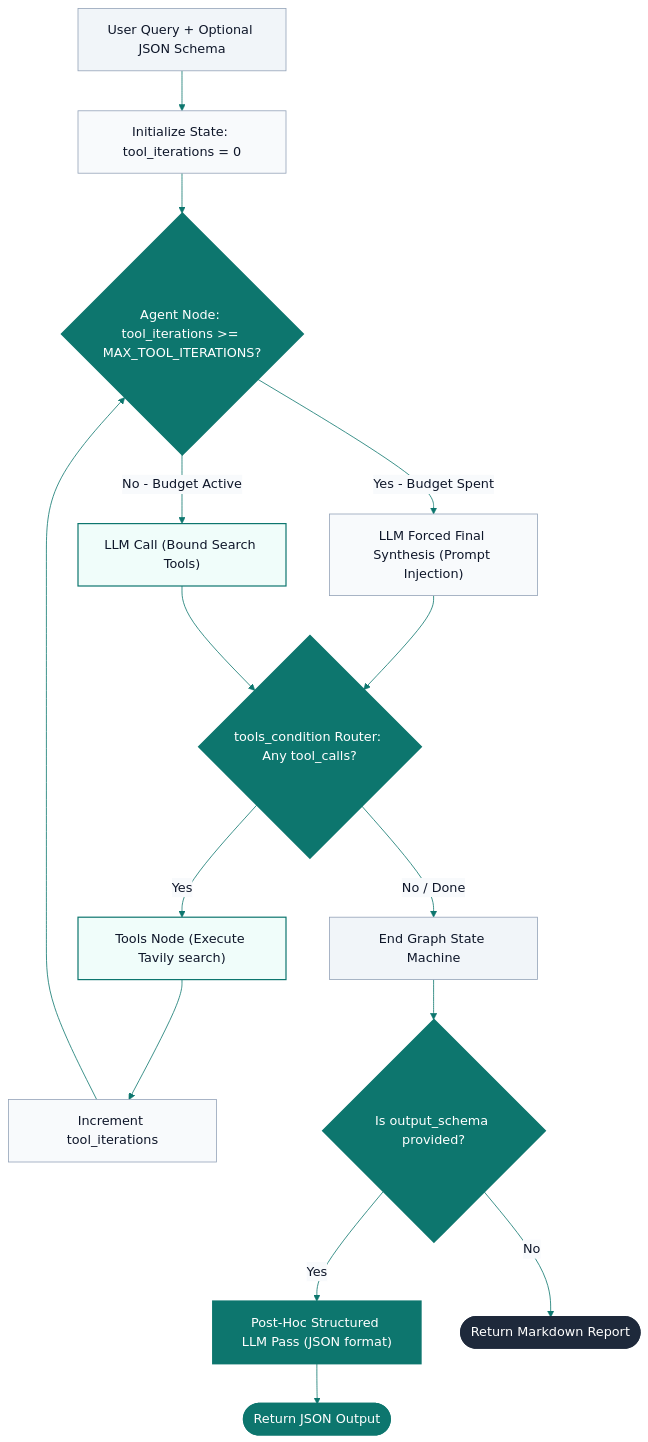
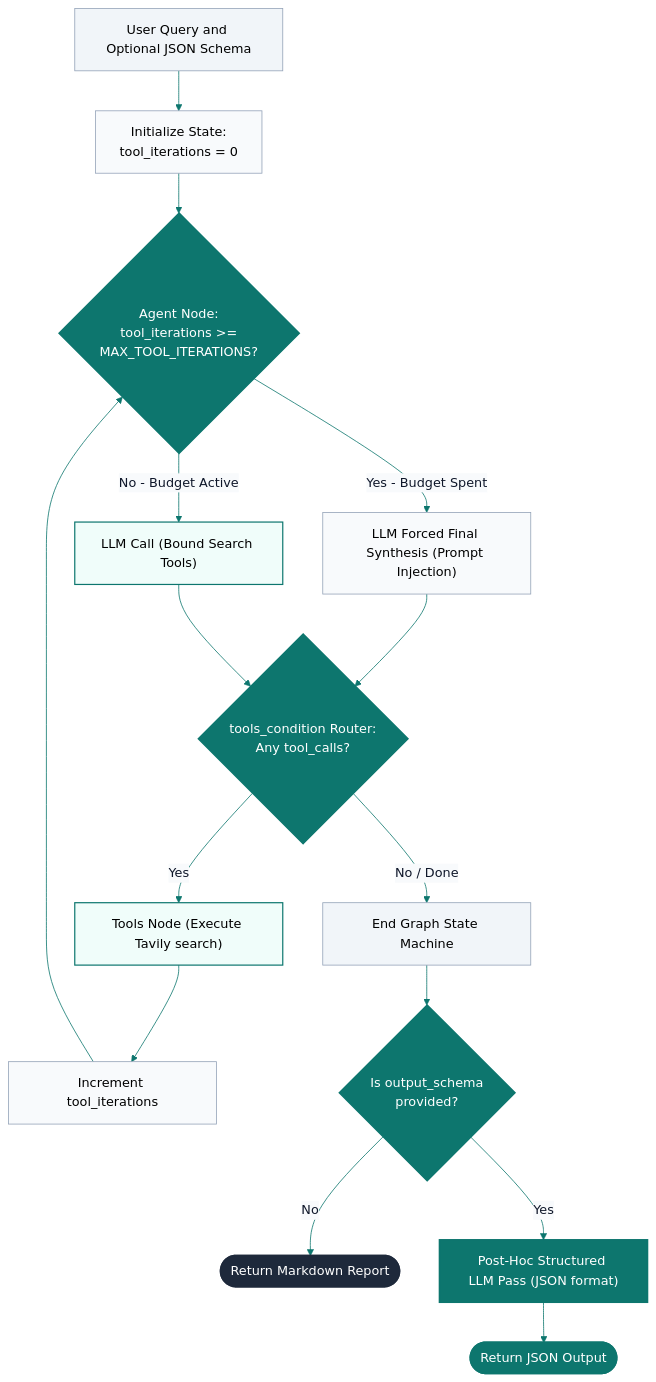
Before and after one commit to RobertTylman/FDE-Assignment-Research-Mini-Lite: the diagram in README.md, drawn with Mermaid. The commit also changed other lines of this file, not shown here.

Commit message:
docs: update Mermaid diagram styling and reduce container width in README

````diff
--- a/README.md
+++ b/README.md
@@ -28,54 +28,45 @@
 ```mermaid
 %%{init: {
   "theme": "base",
   "themeVariables": {
     "primaryColor": "#0d766e",
     "primaryTextColor": "#0f172a",
     "primaryBorderColor": "#0d766e",
     "lineColor": "#0d766e",
     "secondaryColor": "#f8fafc",
     "tertiaryColor": "#f1f5f9"
   }
 }}%%
 
 flowchart TD
-    Start["User Query + Optional JSON Schema"] --> StateInit["Initialize State: tool_iterations = 0"]
-    StateInit --> AgentNode{"Agent Node: tool_iterations >= MAX_TOOL_ITERATIONS?"}
+    classDef input fill:#f1f5f9,stroke:#94a3b8,stroke-width:1px,color:#000000
+    classDef state fill:#f8fafc,stroke:#94a3b8,stroke-width:1px,color:#000000
+    classDef decision fill:#0d766e,stroke:#0d766e,stroke-width:2px,color:#ffffff
+    classDef llm fill:#f0fdfa,stroke:#0d766e,stroke-width:1.5px,color:#000000
+    classDef endnode fill:#1e293b,stroke:#1e293b,stroke-width:2px,color:#ffffff
+
+    QueryInput["User Query and Optional JSON Schema"]:::input --> StateInit["Initialize State:<br/>tool_iterations = 0"]:::state
+    StateInit --> AgentNode{"Agent Node:<br/>tool_iterations >=<br/>MAX_TOOL_ITERATIONS?"}:::decision
 
     %% Agent Node Decision Flow
-    AgentNode -->|Yes - Budget Spent| ForcedSynth["LLM Forced Final Synthesis (Prompt Injection)"]
-    AgentNode -->|No - Budget Active| LLMTools["LLM Call (Bound Search Tools)"]
+    AgentNode -->|Yes - Budget Spent| ForcedSynth["LLM Forced Final Synthesis (Prompt Injection)"]:::state
+    AgentNode -->|No - Budget Active| LLMTools["LLM Call (Bound Search Tools)"]:::llm
 
     %% Output of Agent Node
-    ForcedSynth --> Router{"tools_condition Router: Any tool_calls?"}
+    ForcedSynth --> Router{"tools_condition Router:<br/>Any tool_calls?"}:::decision
     LLMTools --> Router
 
     %% Routing
-    Router -->|Yes| ToolsNode["Tools Node (Execute Tavily search)"]
-    ToolsNode --> UpdateState["Increment tool_iterations"]
+    Router -->|Yes| ToolsNode["Tools Node (Execute Tavily search)"]:::llm
+    ToolsNode --> UpdateState["Increment tool_iterations"]:::state
     UpdateState --> AgentNode
 
-    Router -->|No / Done| GraphEnd["End Graph State Machine"]
+    Router -->|No / Done| GraphEnd["End Graph State Machine"]:::input
 
     %% Post-Graph Processing
-    GraphEnd --> CheckSchema{"Is output_schema provided?"}
-    CheckSchema -->|Yes| PostHocSchema["Post-Hoc Structured LLM Pass (JSON format)"]
-    PostHocSchema --> ReturnJSON(["Return JSON Output"])
-    
-    CheckSchema -->|No| ReturnMarkdown(["Return Markdown Report"])
+    GraphEnd --> CheckSchema{"Is output_schema<br/>provided?"}:::decision
+    CheckSchema -->|No| ReturnMarkdown(["Return Markdown Report"]):::endnode
 
-    %% Styling
-    style Start fill:#f1f5f9,stroke:#94a3b8,stroke-width:1px
-    style StateInit fill:#f8fafc,stroke:#94a3b8,stroke-width:1px
-    style AgentNode fill:#0d766e,stroke:#0d766e,color:#ffffff,stroke-width:2px
-    style ForcedSynth fill:#f8fafc,stroke:#94a3b8,stroke-width:1px
-    style LLMTools fill:#f0fdfa,stroke:#0d766e,stroke-width:1.5px
-    style Router fill:#0d766e,stroke:#0d766e,color:#ffffff,stroke-width:2px
-    style ToolsNode fill:#f0fdfa,stroke:#0d766e,stroke-width:1.5px
-    style UpdateState fill:#f8fafc,stroke:#94a3b8,stroke-width:1px
-    style GraphEnd fill:#f1f5f9,stroke:#94a3b8,stroke-width:1px
-    style CheckSchema fill:#0d766e,stroke:#0d766e,color:#ffffff,stroke-width:2px
-    style PostHocSchema fill:#0d766e,stroke:#0d766e,color:#ffffff,stroke-width:2px
-    style ReturnJSON fill:#0d766e,stroke:#0d766e,color:#ffffff,stroke-width:2px
-    style ReturnMarkdown fill:#1e293b,stroke:#1e293b,color:#ffffff,stroke-width:2px
+    CheckSchema -->|Yes| PostHocSchema["Post-Hoc Structured LLM Pass (JSON format)"]:::decision
+    PostHocSchema --> ReturnJSON(["Return JSON Output"]):::decision
 ```
````
